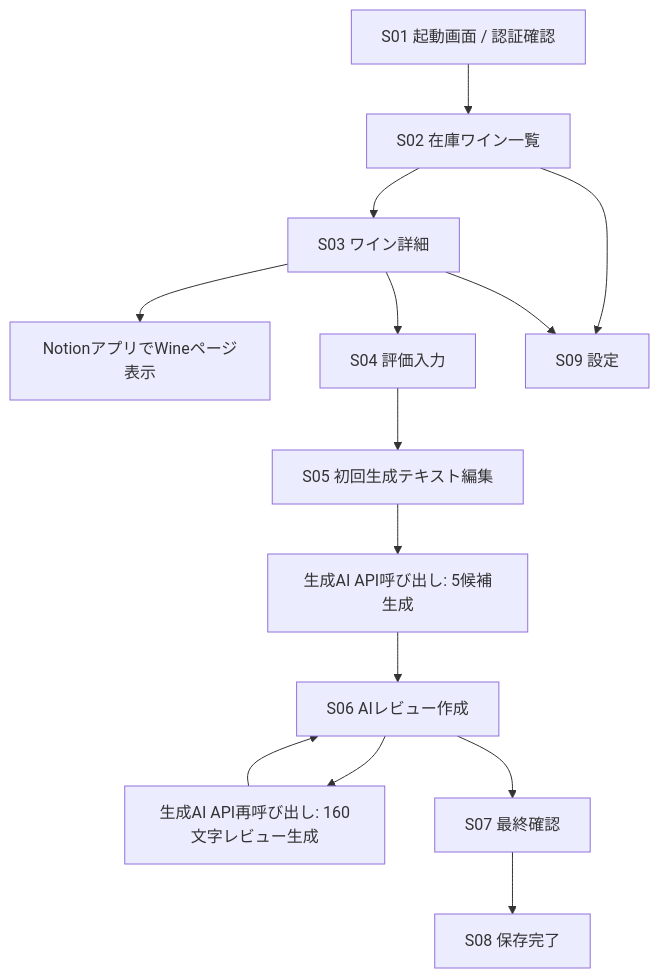
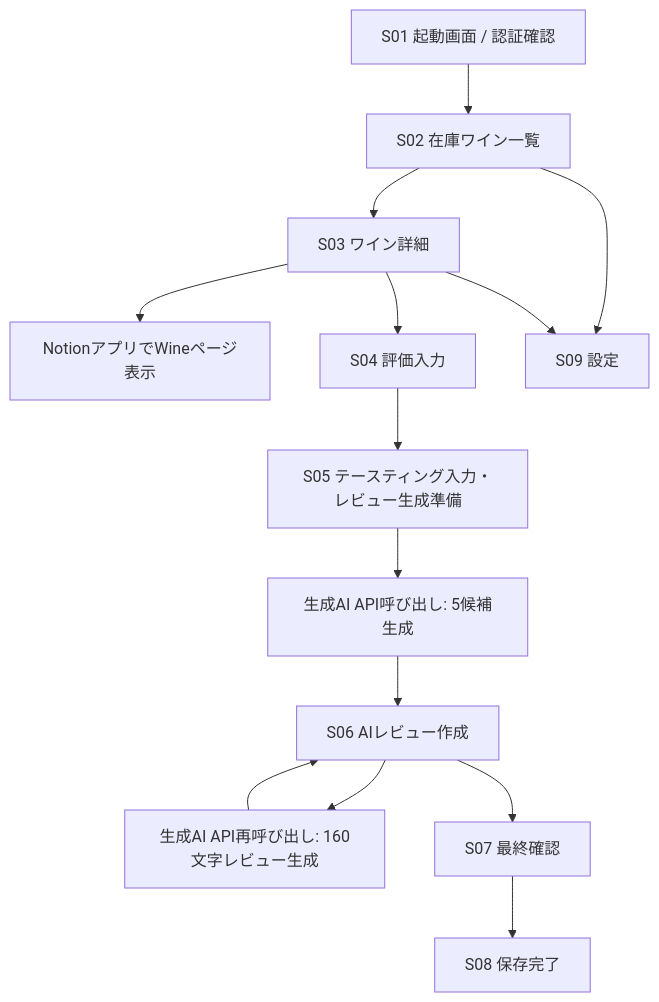
One commit to HiroPublic/WineReview changed the diagram in docs/wine-review-ios-app-spec.md. Above: the diagram before and after it, drawn with Mermaid. The commit also changed other lines of this file and 10 other files, not shown here.

Commit message:
Add tasting input flow and env sync

````diff
--- a/docs/wine-review-ios-app-spec.md
+++ b/docs/wine-review-ios-app-spec.md
@@ -81,16 +81,16 @@
 ```mermaid
 flowchart TD
     S01["S01 起動画面 / 認証確認"] --> S02["S02 在庫ワイン一覧"]
     S02 --> S03["S03 ワイン詳細"]
     S03 --> N1["NotionアプリでWineページ表示"]
     S03 --> S04["S04 評価入力"]
-    S04 --> S05["S05 初回生成テキスト編集"]
+    S04 --> S05["S05 テースティング入力・レビュー生成準備"]
     S05 --> G1["生成AI API呼び出し: 5候補生成"]
     G1 --> S06["S06 AIレビュー作成"]
     S06 --> G2["生成AI API再呼び出し: 160文字レビュー生成"]
     G2 --> S06
     S06 --> S07["S07 最終確認"]
     S07 --> S08["S08 保存完了"]
     S02 --> S09["S09 設定"]
     S03 --> S09
 ```
````
